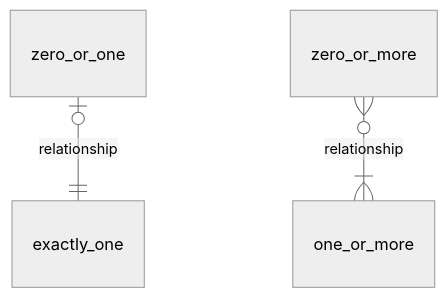
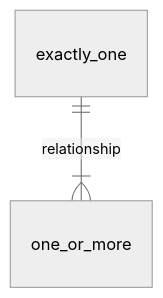
Before and after one commit to jakeinab0x/dj4e: the second of 2 diagrams in mysite/polls/polls_db_design.md, drawn with Mermaid (neutral theme). The commit also changed other lines of this file, not shown here.

````diff
--- a/mysite/polls/polls_db_design.md
+++ b/mysite/polls/polls_db_design.md
@@ -25,7 +19,6 @@
 ```mermaid
     erDiagram
-    zero_or_one |o--|| exactly_one : relationship
-    zero_or_more }o--|{ one_or_more : relationship
+    exactly_one ||--|{ one_or_more : relationship
 
 
 ```
````
